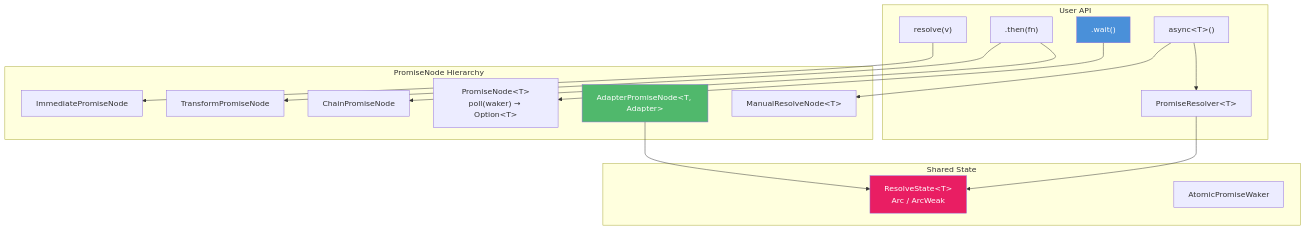
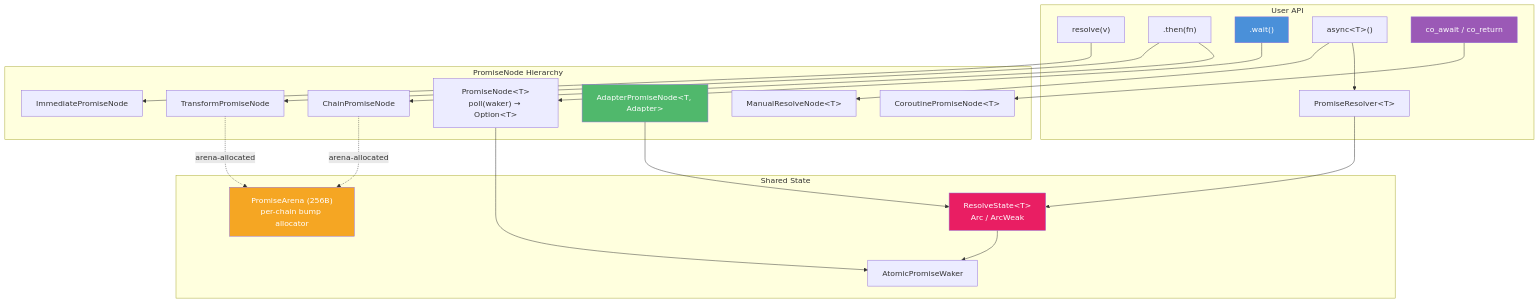
One commit to mivinci/x changed the diagram in docs/libxpp/promise/README.md. Above: the diagram before and after it, drawn with Mermaid. The commit also changed other lines of this file and 18 other files, not shown here.

First line of the commit message:
xpp: Arena<N> bump allocator + PromiseNode arena integration (#26)

````diff
--- a/docs/libxpp/promise/README.md
+++ b/docs/libxpp/promise/README.md
@@ -32,37 +46,47 @@
 ```mermaid
 graph TD
     subgraph "User API"
         PR["resolve(v)"]
         CHAIN[".then(fn)"]
         WAIT[".wait()"]
         ASYNC["async&lt;T&gt;()"]
         PRR["PromiseResolver&lt;T&gt;"]
+        CORO["co_await / co_return"]
     end
 
     subgraph "PromiseNode Hierarchy"
         BASE["PromiseNode&lt;T&gt;<br/>poll(waker) → Option&lt;T&gt;"]
         IMM["ImmediatePromiseNode"]
         TRANS["TransformPromiseNode"]
         CHAINP["ChainPromiseNode"]
         ADAPT["AdapterPromiseNode&lt;T, Adapter&gt;"]
         MANUAL["ManualResolveNode&lt;T&gt;"]
+        COROP["CoroutinePromiseNode&lt;T&gt;"]
     end
 
     subgraph "Shared State"
         RS["ResolveState&lt;T&gt;<br/>Arc / ArcWeak"]
         AW["AtomicPromiseWaker"]
+        ARENA["PromiseArena (256B)<br/>per-chain bump allocator"]
     end
 
     PR --> IMM
     CHAIN --> TRANS
     CHAIN --> CHAINP
     ASYNC --> MANUAL
     ASYNC --> PRR
     PRR --> RS
     ADAPT --> RS
+    CORO --> COROP
     WAIT --> BASE
+    BASE --> AW
+    RS --> AW
+    TRANS -.->|arena-allocated| ARENA
+    CHAINP -.->|arena-allocated| ARENA
 
     style WAIT fill:#4a90d9,color:#fff
     style RS fill:#e91e63,color:#fff
     style ADAPT fill:#50b86c,color:#fff
+    style ARENA fill:#f5a623,color:#fff
+    style CORO fill:#9b59b6,color:#fff
 ```
````
